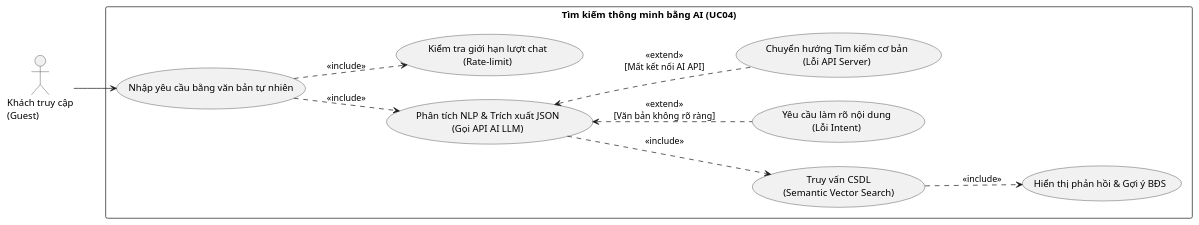
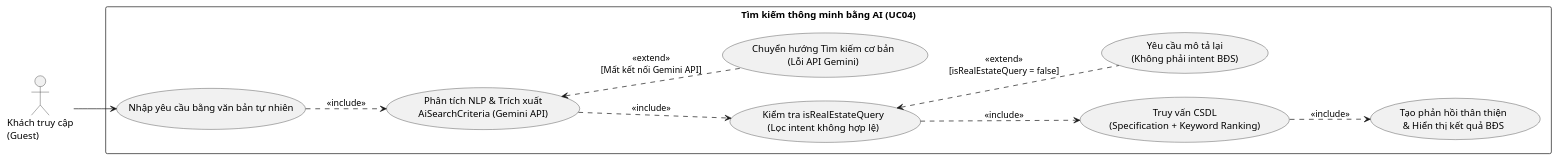
One commit to chishiya2309/LeaseLink-Backend changed the diagram in src/main/java/vn/hcmute/edu/lequanghung_nguyenthaibao/backend/uml/UC04/uc4.puml. Above: the diagram before and after it, drawn with PlantUML. The commit also changed 3 other files, not shown here.

Commit message:
Điều chỉnh uml của UC04

```diff
--- a/src/main/java/vn/hcmute/edu/lequanghung_nguyenthaibao/backend/uml/UC04/uc4.puml
+++ b/src/main/java/vn/hcmute/edu/lequanghung_nguyenthaibao/backend/uml/UC04/uc4.puml
@@ -1,32 +1,31 @@
 @startuml
 left to right direction
 skinparam packageStyle rectangle
 
 actor "Khách truy cập\n(Guest)" as guest
 
 package "Tìm kiếm thông minh bằng AI (UC04)" {
     usecase "Nhập yêu cầu bằng văn bản tự nhiên" as UC_Input
-    usecase "Kiểm tra giới hạn lượt chat\n(Rate-limit)" as UC_CheckLimit
+    usecase "Phân tích NLP & Trích xuất\nAiSearchCriteria (Gemini API)" as UC_Analyze
+    usecase "Kiểm tra isRealEstateQuery\n(Lọc intent không hợp lệ)" as UC_CheckIntent
+    usecase "Truy vấn CSDL\n(Specification + Keyword Ranking)" as UC_Query
+    usecase "Tạo phản hồi thân thiện\n& Hiển thị kết quả BĐS" as UC_Display
 
-    usecase "Phân tích NLP & Trích xuất JSON\n(Gọi API AI LLM)" as UC_Analyze
-    usecase "Truy vấn CSDL\n(Semantic Vector Search)" as UC_Query
-    usecase "Hiển thị phản hồi & Gợi ý BĐS" as UC_Display
-
-    usecase "Yêu cầu làm rõ nội dung\n(Lỗi Intent)" as UC_ErrorIntent
-    usecase "Chuyển hướng Tìm kiếm cơ bản\n(Lỗi API Server)" as UC_Fallback
+    usecase "Yêu cầu mô tả lại\n(Không phải intent BĐS)" as UC_ErrorIntent
+    usecase "Chuyển hướng Tìm kiếm cơ bản\n(Lỗi API Gemini)" as UC_Fallback
 }
 
 ' Tương tác của Actor
 guest --> UC_Input
 
 ' Các mối quan hệ Include (Bắt buộc theo luồng chính)
-UC_Input ..> UC_CheckLimit : <<include>>
 UC_Input ..> UC_Analyze : <<include>>
-UC_Analyze ..> UC_Query : <<include>>
+UC_Analyze ..> UC_CheckIntent : <<include>>
+UC_CheckIntent ..> UC_Query : <<include>>
 UC_Query ..> UC_Display : <<include>>
 
 ' Các mối quan hệ Extend (Luồng ngoại lệ)
-UC_ErrorIntent .up.> UC_Analyze : <<extend>>\n[Văn bản không rõ ràng]
-UC_Fallback .up.> UC_Analyze : <<extend>>\n[Mất kết nối AI API]
+UC_ErrorIntent .up.> UC_CheckIntent : <<extend>>\n[isRealEstateQuery = false]
+UC_Fallback .up.> UC_Analyze : <<extend>>\n[Mất kết nối Gemini API]
 
 @enduml
```
